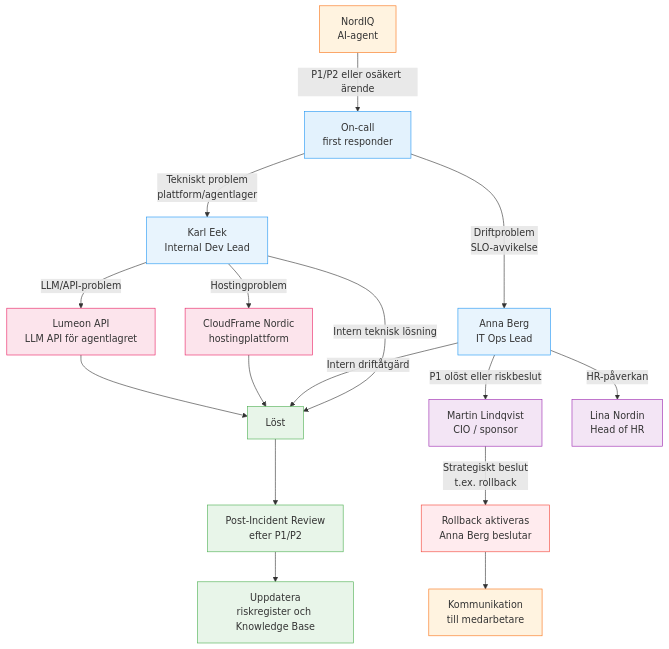
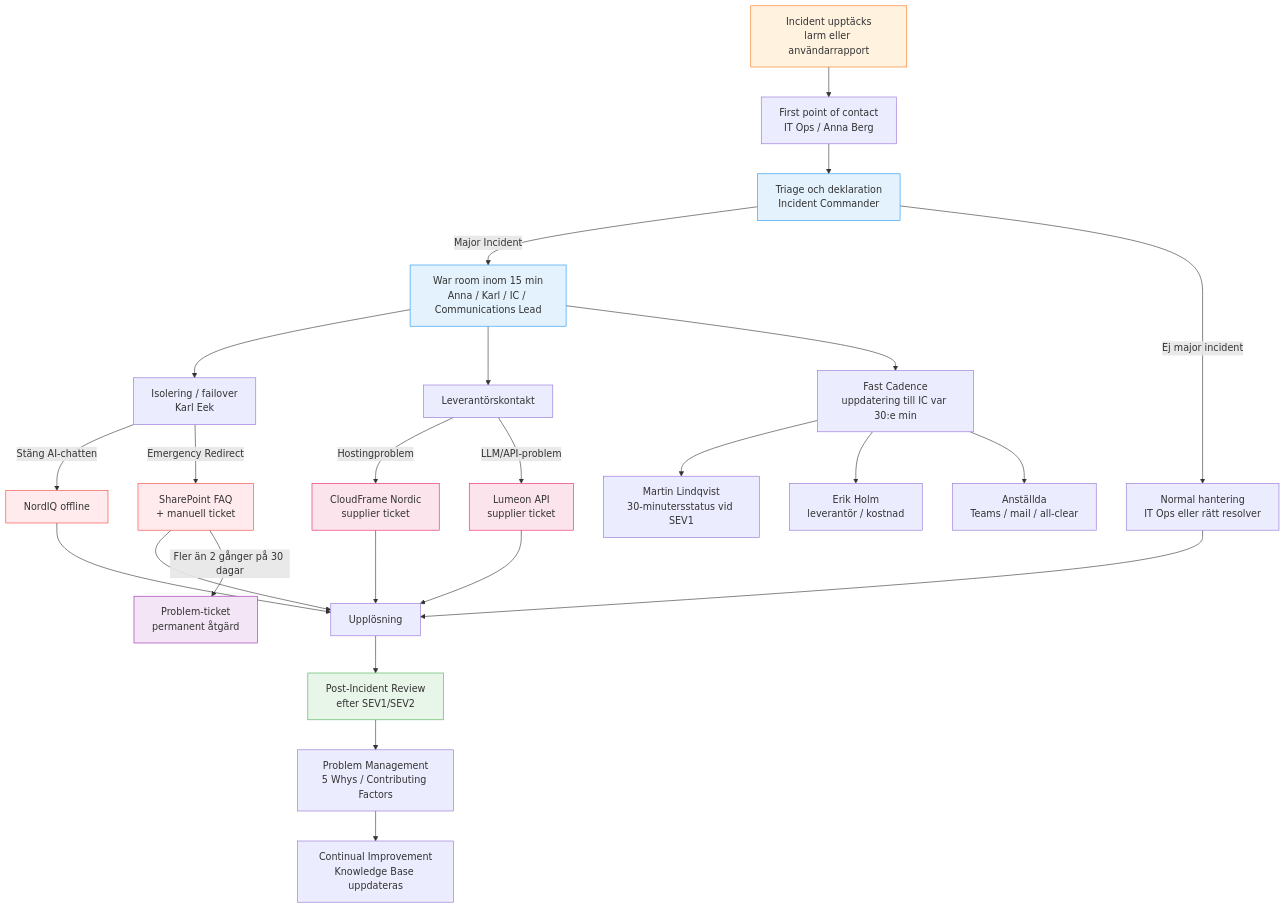
One commit to itsimonfredlingjack/NordIQ changed the third of 3 diagrams in README.md. Above: the diagram before and after it, drawn with Mermaid. The commit also changed other lines of this file and 21 other files, not shown here.

````diff
--- a/README.md
+++ b/README.md
@@ -144,37 +149,43 @@
 ```mermaid
 flowchart TD
-    A[NordIQ<br/>AI-agent] -->|P1/P2 eller osäkert ärende| B[On-call<br/>first responder]
+    A[Incident upptäcks<br/>larm eller användarrapport] --> B[First point of contact<br/>IT Ops / Anna Berg]
 
-    B -->|Tekniskt problem<br/>plattform/agentlager| C[Karl Eek<br/>Internal Dev Lead]
-    B -->|Driftproblem<br/>SLO-avvikelse| D[Anna Berg<br/>IT Ops Lead]
+    B --> C[Triage och deklaration<br/>Incident Commander]
+    C -->|Major Incident| D[War room inom 15 min<br/>Anna / Karl / IC / Communications Lead]
+    C -->|Ej major incident| E[Normal hantering<br/>IT Ops eller rätt resolver]
 
-    C -->|Hostingproblem| E[CloudFrame Nordic<br/>hostingplattform]
-    C -->|LLM/API-problem| F[Lumeon API<br/>LLM API för agentlagret]
-    C -->|Intern teknisk lösning| G[Löst]
+    D --> F[Isolering / failover<br/>Karl Eek]
+    F -->|Stäng AI-chatten| G[NordIQ offline]
+    F -->|Emergency Redirect| H[SharePoint FAQ<br/>+ manuell ticket]
 
-    D -->|P1 olöst eller riskbeslut| H[Martin Lindqvist<br/>CIO / sponsor]
-    D -->|HR-påverkan| I[Lina Nordin<br/>Head of HR]
-    D -->|Intern driftåtgärd| G
+    D --> I[Leverantörskontakt]
+    I -->|Hostingproblem| J[CloudFrame Nordic<br/>supplier ticket]
+    I -->|LLM/API-problem| K[Lumeon API<br/>supplier ticket]
 
-    E --> G
-    F --> G
-    H -->|Strategiskt beslut<br/>t.ex. rollback| J[Rollback aktiveras<br/>Anna Berg beslutar]
-    J --> K[Kommunikation<br/>till medarbetare]
+    D --> L[Fast Cadence<br/>uppdatering till IC var 30:e min]
+    L --> M[Martin Lindqvist<br/>30-minutersstatus vid SEV1]
+    L --> N[Erik Holm<br/>leverantör / kostnad]
+    L --> O[Anställda<br/>Teams / mail / all-clear]
 
-    G --> L[Post-Incident Review<br/>efter P1/P2]
-    L --> M[Uppdatera<br/>riskregister och Knowledge Base]
+    J --> P[Upplösning]
+    K --> P
+    G --> P
+    H --> P
+    E --> P
+
+    P --> Q[Post-Incident Review<br/>efter SEV1/SEV2]
+    Q --> R[Problem Management<br/>5 Whys / Contributing Factors]
+    R --> S[Continual Improvement<br/>Knowledge Base uppdateras]
+
+    H -->|Fler än 2 gånger på 30 dagar| T[Problem-ticket<br/>permanent åtgärd]
 
     style A fill:#fff3e0,stroke:#F97316
-    style B fill:#e3f2fd,stroke:#2196F3
-    style C fill:#e8f4fd,stroke:#2196F3
-    style D fill:#e8f4fd,stroke:#2196F3
-    style E fill:#fce4ec,stroke:#E91E63
-    style F fill:#fce4ec,stroke:#E91E63
-    style G fill:#e8f5e9,stroke:#4CAF50
-    style H fill:#f3e5f5,stroke:#9C27B0
-    style I fill:#f3e5f5,stroke:#9C27B0
-    style J fill:#ffebee,stroke:#F44336
-    style K fill:#fff3e0,stroke:#F97316
-    style L fill:#e8f5e9,stroke:#4CAF50
-    style M fill:#e8f5e9,stroke:#4CAF50
+    style C fill:#e3f2fd,stroke:#2196F3
+    style D fill:#e3f2fd,stroke:#2196F3
+    style G fill:#ffebee,stroke:#F44336
+    style H fill:#ffebee,stroke:#F44336
+    style J fill:#fce4ec,stroke:#E91E63
+    style K fill:#fce4ec,stroke:#E91E63
+    style Q fill:#e8f5e9,stroke:#4CAF50
+    style T fill:#f3e5f5,stroke:#9C27B0
 ```
````
